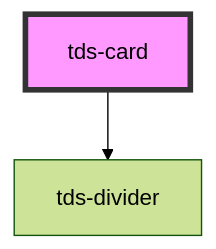
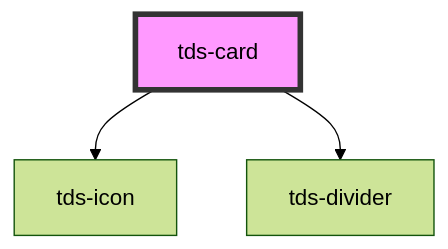
Before and after one commit to scania-digital-design-system/tegel: the diagram in packages/core/src/components/card/readme.md, drawn with Mermaid (forest theme). The commit also changed other lines of this file and 3 other files, not shown here.

````diff
--- a/packages/core/src/components/card/readme.md
+++ b/packages/core/src/components/card/readme.md
@@ -50,5 +53,6 @@
 ```mermaid
 graph TD;
+  tds-card --> tds-icon
   tds-card --> tds-divider
   style tds-card fill:#f9f,stroke:#333,stroke-width:4px
 ```
````
